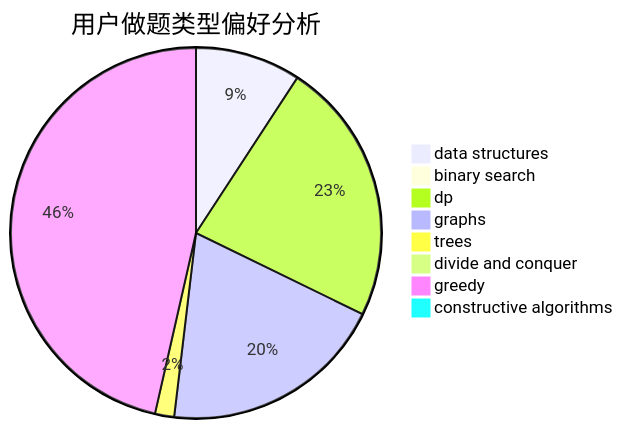
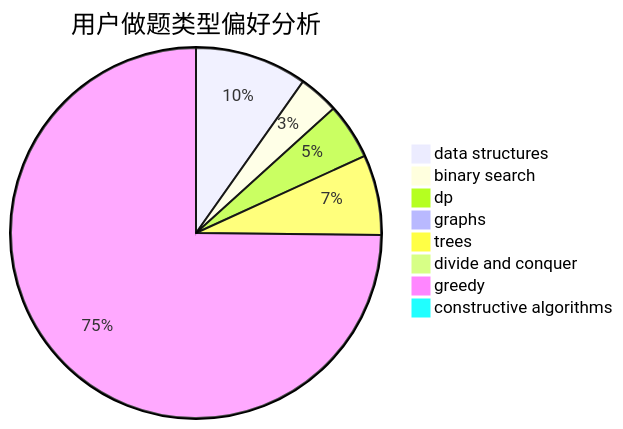
Before and after one commit to sherpahu/cfrs.github.io: the second of 3 diagrams in docs/user/u2642.md, drawn with Mermaid. The commit also changed other lines of this file and 2770 other files, not shown here.

````diff
--- a/docs/user/u2642.md
+++ b/docs/user/u2642.md
@@ -23,11 +23,11 @@
 ```mermaid
 pie title 用户做题类型偏好分析
-    "data structures" :  44
-    "binary search" :  3
-    "dp" :  110
-    "graphs" :  94
-    "trees" :  8
-    "divide and conquer" :  1
-    "greedy" :  222
+    "data structures" :  14
+    "binary search" :  5
+    "dp" :  7
+    "graphs" :  0
+    "trees" :  10
+    "divide and conquer" :  0
+    "greedy" :  107
     "constructive algorithms" :  0
 ```
````
